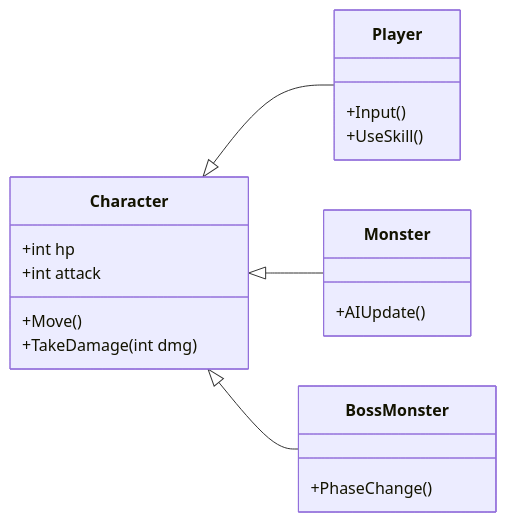
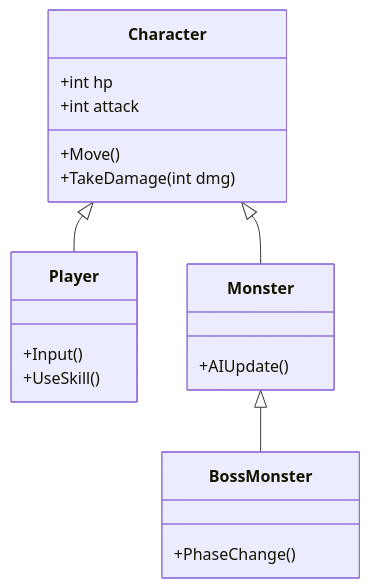
Before and after one commit to WhiteCom/WhiteCom.github.io: the diagram in _posts/2026-03-22-test-class-diagram.md, drawn with Mermaid.

Commit message:
mermaid 다이어그램 스타일 변경

````diff
--- a/_posts/2026-03-22-test-class-diagram.md
+++ b/_posts/2026-03-22-test-class-diagram.md
@@ -17,28 +17,28 @@
 ```mermaid
 classDiagram
-    direction LR
+    direction TB
 
     class Character{
         +int hp
         +int attack
         +Move()
         +TakeDamage(int dmg)
     }
 
     class Player{
         +Input()
         +UseSkill()
     }
 
     class Monster{
         +AIUpdate()
     }
 
     class BossMonster{
         +PhaseChange()
     }
 
     Character <|-- Player
     Character <|-- Monster
-    Character <|-- BossMonster
+    Monster <|-- BossMonster
 ```
````
